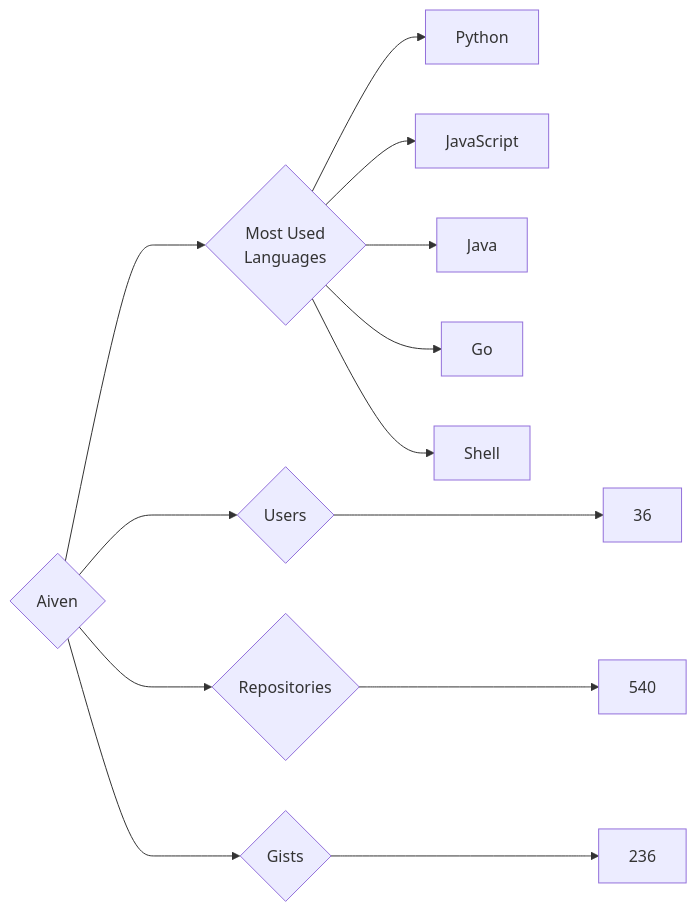
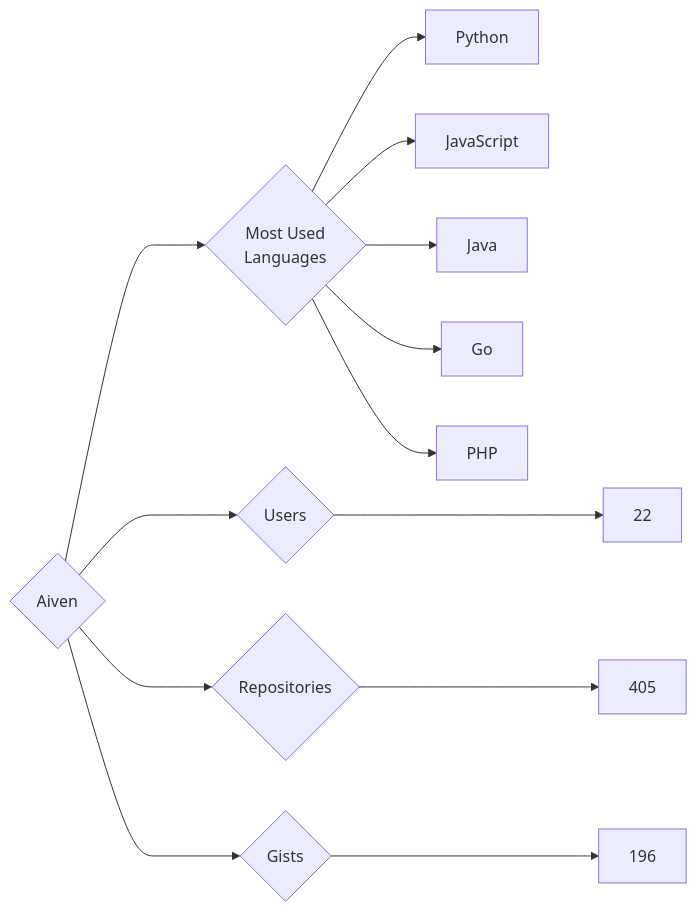
Before and after one commit to trickest/insiders: the diagram in targets/Aiven/README.md, drawn with Mermaid. The commit also changed 611 other files, not shown here.

````diff
--- a/targets/Aiven/README.md
+++ b/targets/Aiven/README.md
@@ -3,13 +3,13 @@
 ```mermaid
 graph LR
 COMPANY_NAME{Aiven}
-COMPANY_NAME ---> U{Users} ---> UN[36]
-COMPANY_NAME ---> R{Repositories} ---> RN[540]
-COMPANY_NAME ---> G{Gists} ---> GN[236]
+COMPANY_NAME ---> U{Users} ---> UN[22]
+COMPANY_NAME ---> R{Repositories} ---> RN[405]
+COMPANY_NAME ---> G{Gists} ---> GN[196]
 COMPANY_NAME ---> ML{Most Used<br>Languages}
 ML --> Python[Python]
 ML --> JavaScript[JavaScript]
 ML --> Java[Java]
 ML --> Go[Go]
-ML --> Shell[Shell]
+ML --> PHP[PHP]
 ```
````
